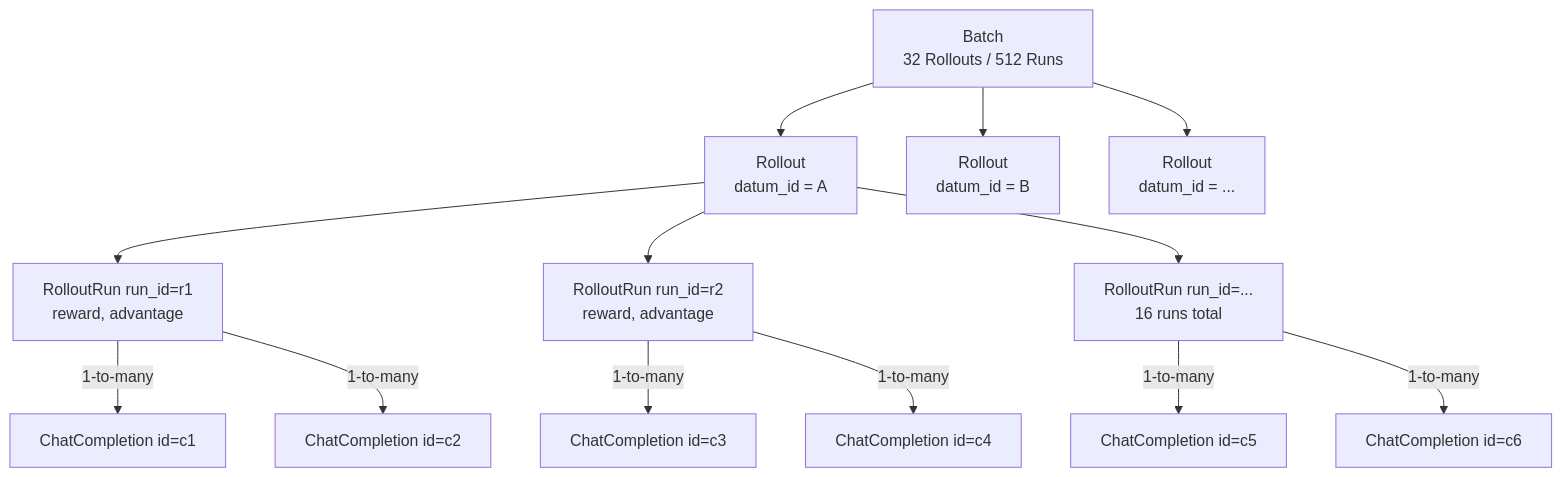
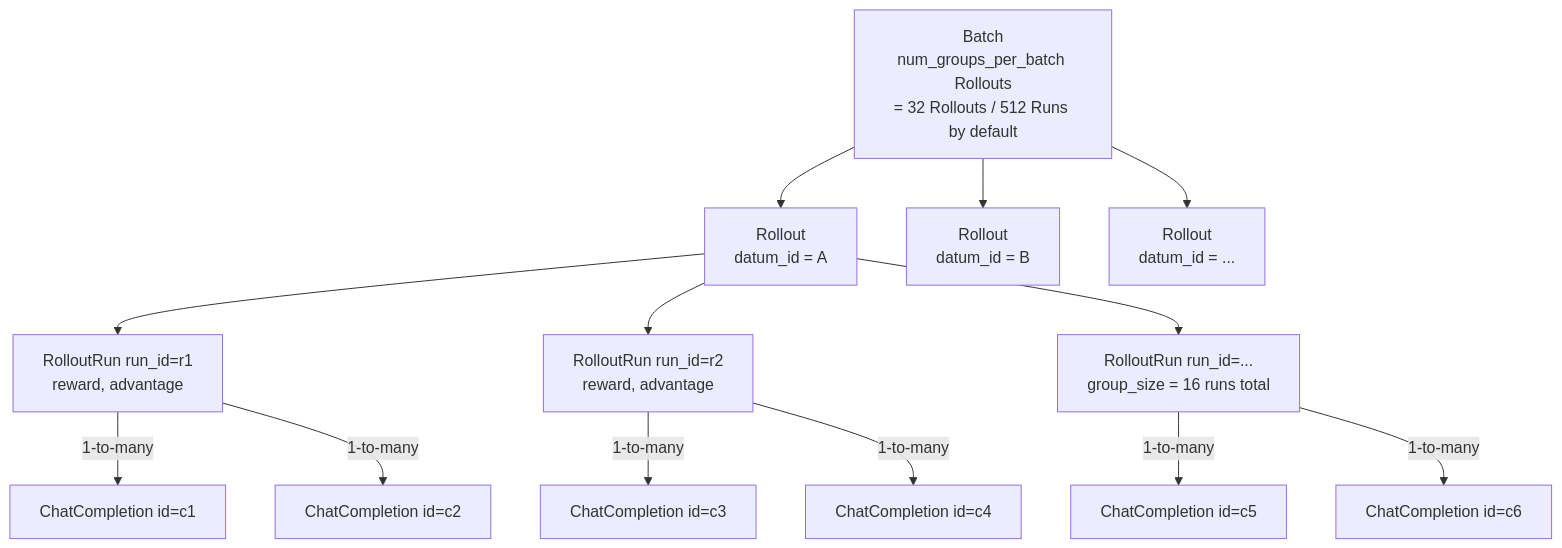
Before and after one commit to wsxiaoys/ollie-rl: the first of 2 diagrams in .agents/skills/dev/references/data-model.md, drawn with Mermaid. The commit also changed other lines of this file and 17 other files, not shown here.

````diff
--- a/.agents/skills/dev/references/data-model.md
+++ b/.agents/skills/dev/references/data-model.md
@@ -23,17 +24,17 @@
 ```mermaid
 flowchart TD
-    B[Batch<br/>32 Rollouts / 512 Runs] --> G1[Rollout<br/>datum_id = A]
+    B[Batch<br/>num_groups_per_batch Rollouts<br/>= 32 Rollouts / 512 Runs by default] --> G1[Rollout<br/>datum_id = A]
     B --> G2[Rollout<br/>datum_id = B]
     B --> Gn[Rollout<br/>datum_id = ...]
 
     G1 --> R1[RolloutRun run_id=r1<br/>reward, advantage]
     G1 --> R2[RolloutRun run_id=r2<br/>reward, advantage]
-    G1 --> Rk[RolloutRun run_id=...<br/>16 runs total]
+    G1 --> Rk[RolloutRun run_id=...<br/>group_size = 16 runs total]
 
     R1 -->|1-to-many| C1[ChatCompletion id=c1]
     R1 -->|1-to-many| C2[ChatCompletion id=c2]
     R2 -->|1-to-many| C3[ChatCompletion id=c3]
     R2 -->|1-to-many| C4[ChatCompletion id=c4]
     Rk -->|1-to-many| C5[ChatCompletion id=c5]
     Rk -->|1-to-many| C6[ChatCompletion id=c6]
 ```
````
